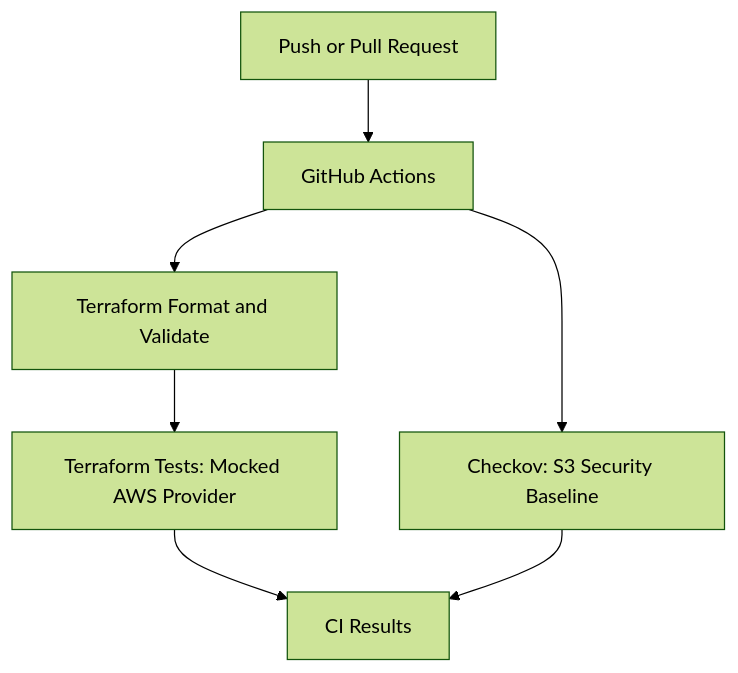
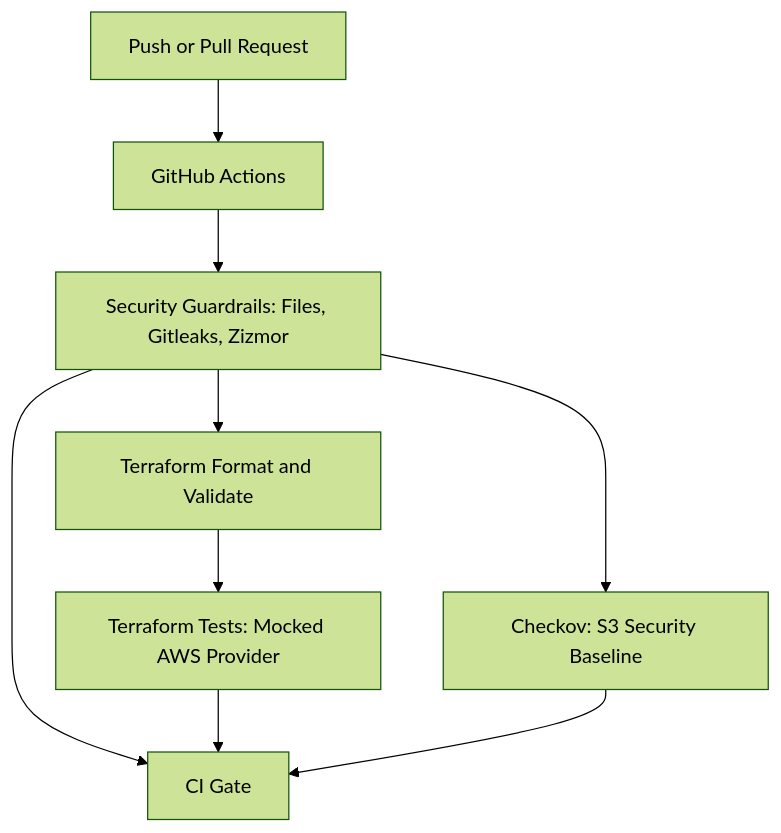
The diagram in README.md (MEduardaGoes/AWS-Infrastructure-Automation---Terraform-GitHub-Actions), drawn with Mermaid (forest theme) before and after one commit. The commit also changed other lines of this file and 6 other files, not shown here.

Commit message:
feat: add pipeline security guardrails and required CI gate

````diff
--- a/README.md
+++ b/README.md
@@ -21,9 +22,11 @@
 ```mermaid
 flowchart TD
     A[Push or Pull Request] --> B[GitHub Actions]
-    B --> C[Terraform Format and Validate]
+    B --> G[Security Guardrails: Files, Gitleaks, Zizmor]
+    G --> C[Terraform Format and Validate]
     C --> D[Terraform Tests: Mocked AWS Provider]
-    B --> E[Checkov: S3 Security Baseline]
-    D --> F[CI Results]
+    G --> E[Checkov: S3 Security Baseline]
+    G --> F[CI Gate]
+    D --> F
     E --> F
 ```
````
